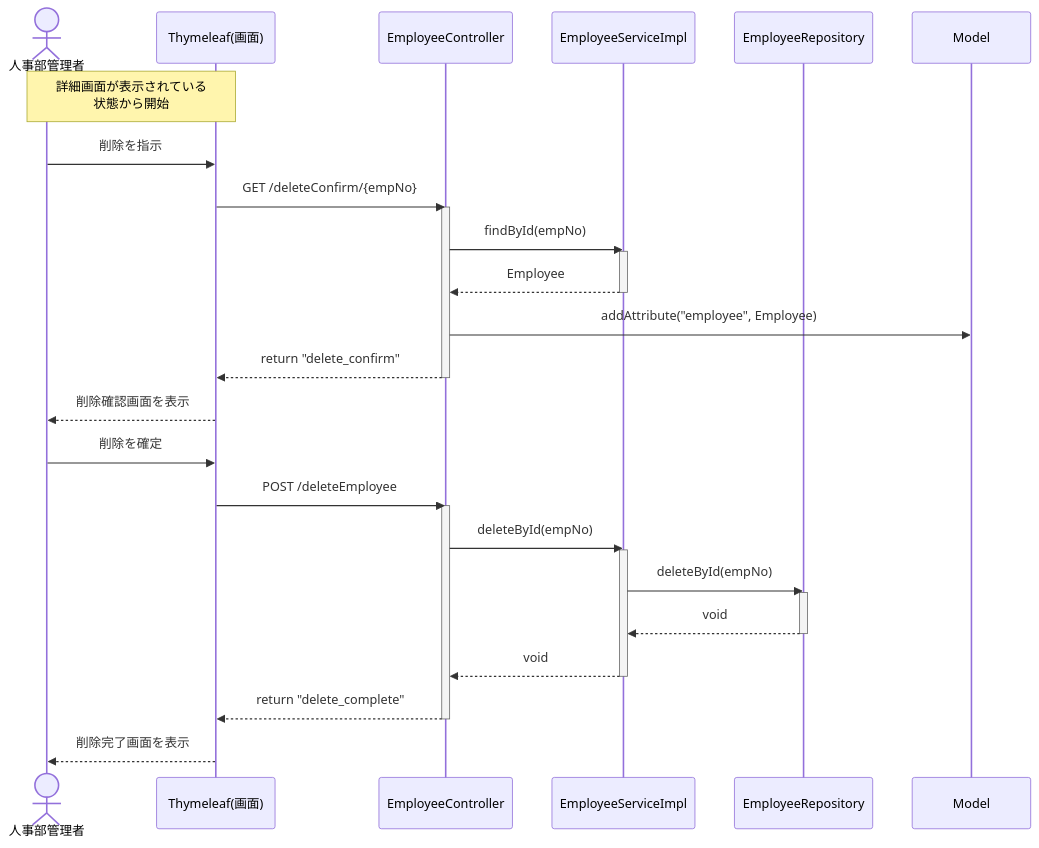
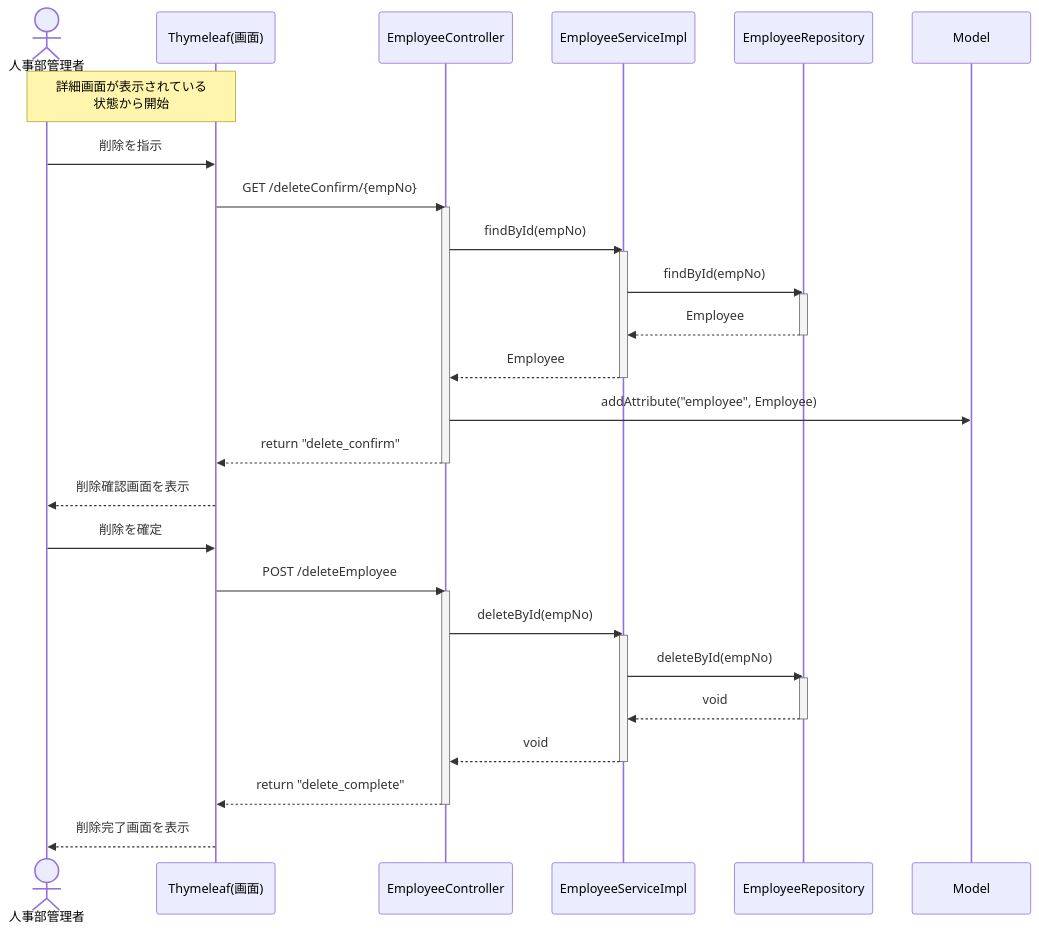
Before and after one commit to juyeongjung1/NewEIMS: diagram 25 of 25 in EIMS_Comprehensive_Exercise_Guide.md, drawn with Mermaid. The commit also changed other lines of this file and 1 other file, not shown here.

````diff
--- a/EIMS_Comprehensive_Exercise_Guide.md
+++ b/EIMS_Comprehensive_Exercise_Guide.md
@@ -1809,37 +1972,41 @@
 ```mermaid
 sequenceDiagram
     actor Admin as 人事部管理者
     participant View as Thymeleaf(画面)
     participant Ctrl as EmployeeController
     participant Svc as EmployeeServiceImpl
     participant Rep as EmployeeRepository
     participant Model as Model
 
     note over Admin, View: 詳細画面が表示されている<br/>状態から開始
     Admin ->> View: 削除を指示
     View ->> Ctrl: GET /deleteConfirm/{empNo}
     activate Ctrl
     Ctrl ->> Svc: findById(empNo)
     activate Svc
+    Svc ->> Rep: findById(empNo)
+    activate Rep
+    Rep -->> Svc: Employee
+    deactivate Rep
     Svc -->> Ctrl: Employee
     deactivate Svc
     Ctrl ->> Model: addAttribute("employee", Employee)
     Ctrl -->> View: return "delete_confirm"
     deactivate Ctrl
     View -->> Admin: 削除確認画面を表示
-    
+  
     Admin ->> View: 削除を確定
     View ->> Ctrl: POST /deleteEmployee
     activate Ctrl
     Ctrl ->> Svc: deleteById(empNo)
     activate Svc
     Svc ->> Rep: deleteById(empNo)
     activate Rep
     Rep -->> Svc: void
     deactivate Rep
     Svc -->> Ctrl: void
     deactivate Svc
     Ctrl -->> View: return "delete_complete"
     deactivate Ctrl
     View -->> Admin: 削除完了画面を表示
 ```
````
